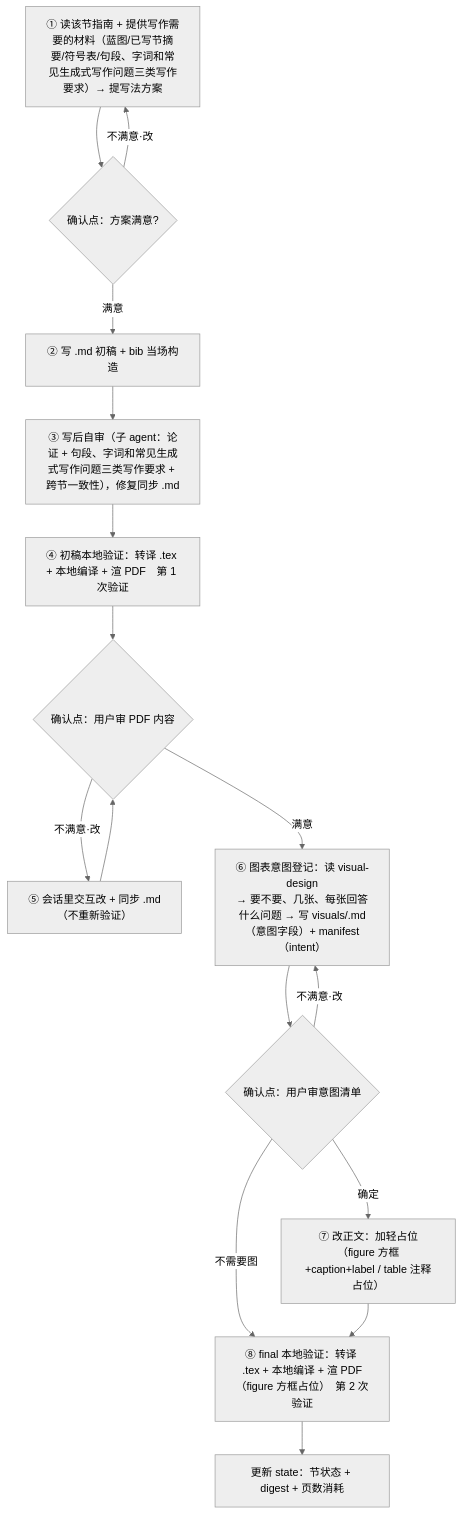
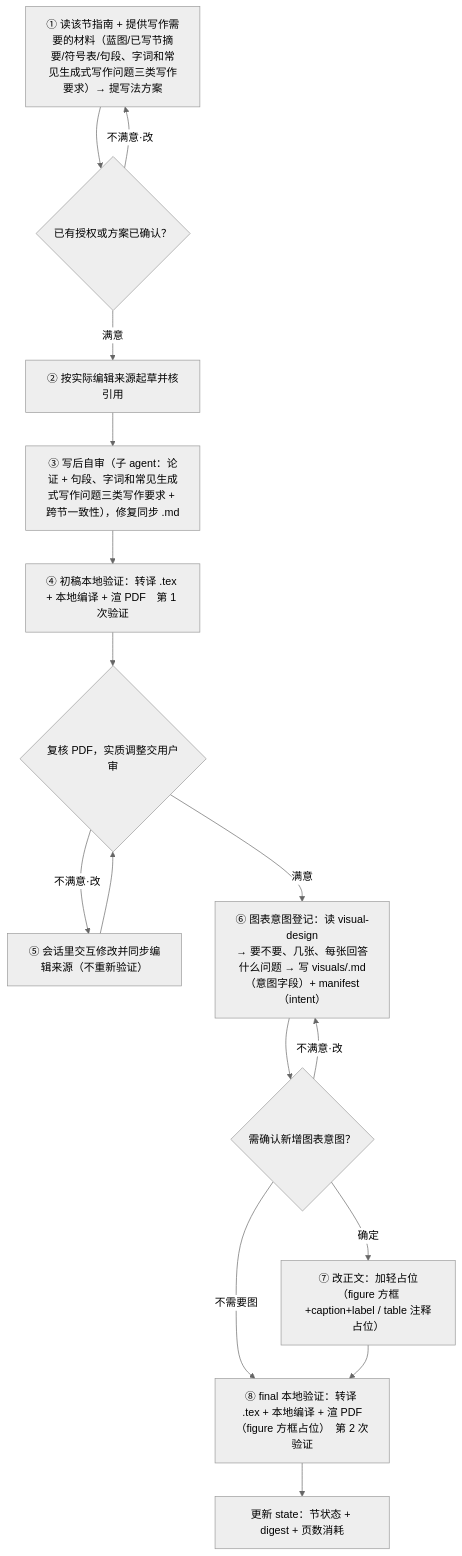
The diagram in plugins/dl-assistant/skills/writing-paper/references/ops/op-3-write-section.md (jackwang0108/dl-assistant), drawn with Mermaid (neutral theme) before and after one commit. The commit also changed other lines of this file and 28 other files, not shown here.

````diff
--- a/plugins/dl-assistant/skills/writing-paper/references/ops/op-3-write-section.md
+++ b/plugins/dl-assistant/skills/writing-paper/references/ops/op-3-write-section.md
@@ -24,18 +26,18 @@
 ```mermaid
 flowchart TD
-    A1["① 读该节指南 + 提供写作需要的材料（蓝图/已写节摘要/符号表/句段、字词和常见生成式写作问题三类写作要求）→ 提写法方案"] --> A1G{"确认点：方案满意?"}
+    A1["① 读该节指南 + 提供写作需要的材料（蓝图/已写节摘要/符号表/句段、字词和常见生成式写作问题三类写作要求）→ 提写法方案"] --> A1G{"已有授权或方案已确认？"}
     A1G -->|不满意·改| A1
-    A1G -->|满意| A2["② 写 .md 初稿 + bib 当场构造"]
+    A1G -->|满意| A2["② 按实际编辑来源起草并核引用"]
     A2 --> A3["③ 写后自审（子 agent：论证 + 句段、字词和常见生成式写作问题三类写作要求 + 跨节一致性），修复同步 .md"]
     A3 --> LAND1["④ 初稿本地验证：转译 .tex + 本地编译 + 渲 PDF　第 1 次验证"]
-    LAND1 --> A5{"确认点：用户审 PDF 内容"}
-    A5 -->|不满意·改| A6["⑤ 会话里交互改 + 同步 .md（不重新验证）"]
+    LAND1 --> A5{"复核 PDF，实质调整交用户审"}
+    A5 -->|不满意·改| A6["⑤ 会话里交互修改并同步编辑来源（不重新验证）"]
     A6 --> A5
     A5 -->|满意| SPEC["⑥ 图表意图登记：读 visual-design<br/>→ 要不要、几张、每张回答什么问题 → 写 visuals/<id>.md（意图字段）+ manifest（intent）"]
-    SPEC --> SPECG{"确认点：用户审意图清单"}
+    SPEC --> SPECG{"需确认新增图表意图？"}
     SPECG -->|不满意·改| SPEC
     SPECG -->|不需要图| LAND2["⑧ final 本地验证（方框占位）"]
     SPECG -->|确定| A7["⑦ 改正文：加轻占位（figure 方框+caption+label / table 注释占位）"]
     A7 --> LAND2
     LAND2["⑧ final 本地验证：转译 .tex + 本地编译 + 渲 PDF（figure 方框占位）　第 2 次验证"] --> DONE["更新 state：节状态 + digest + 页数消耗"]
 ```
````
